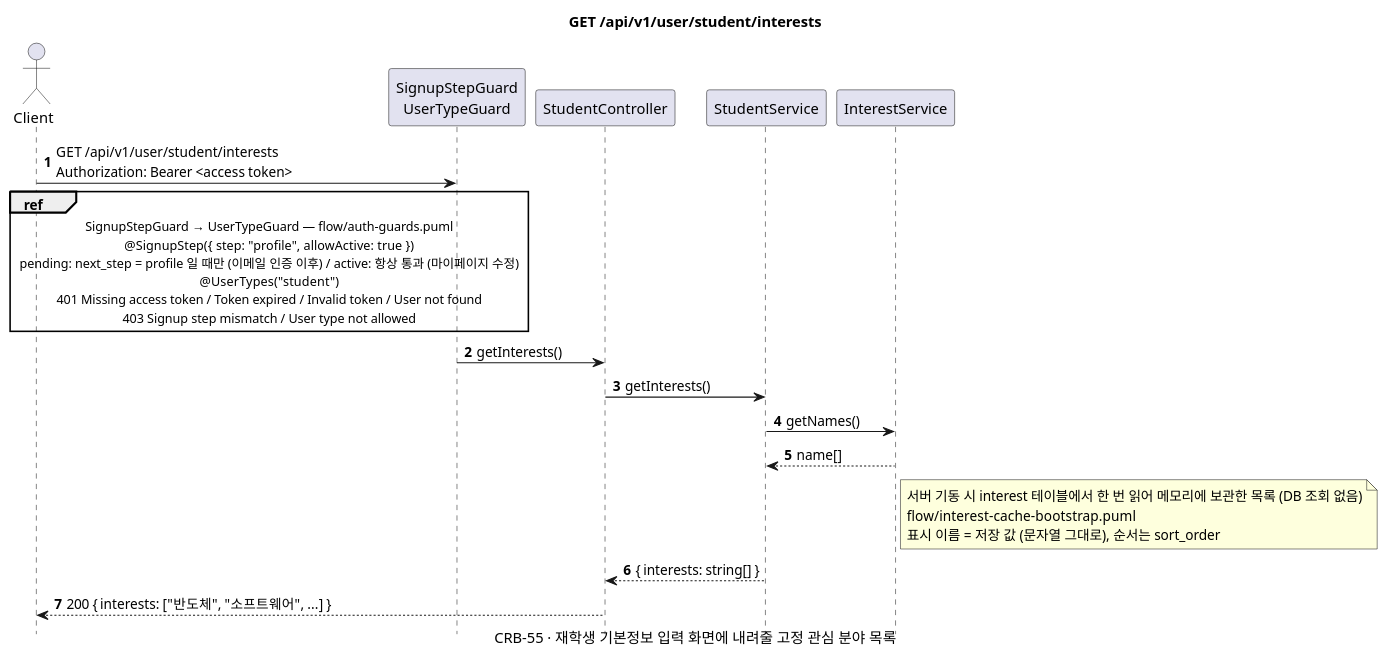
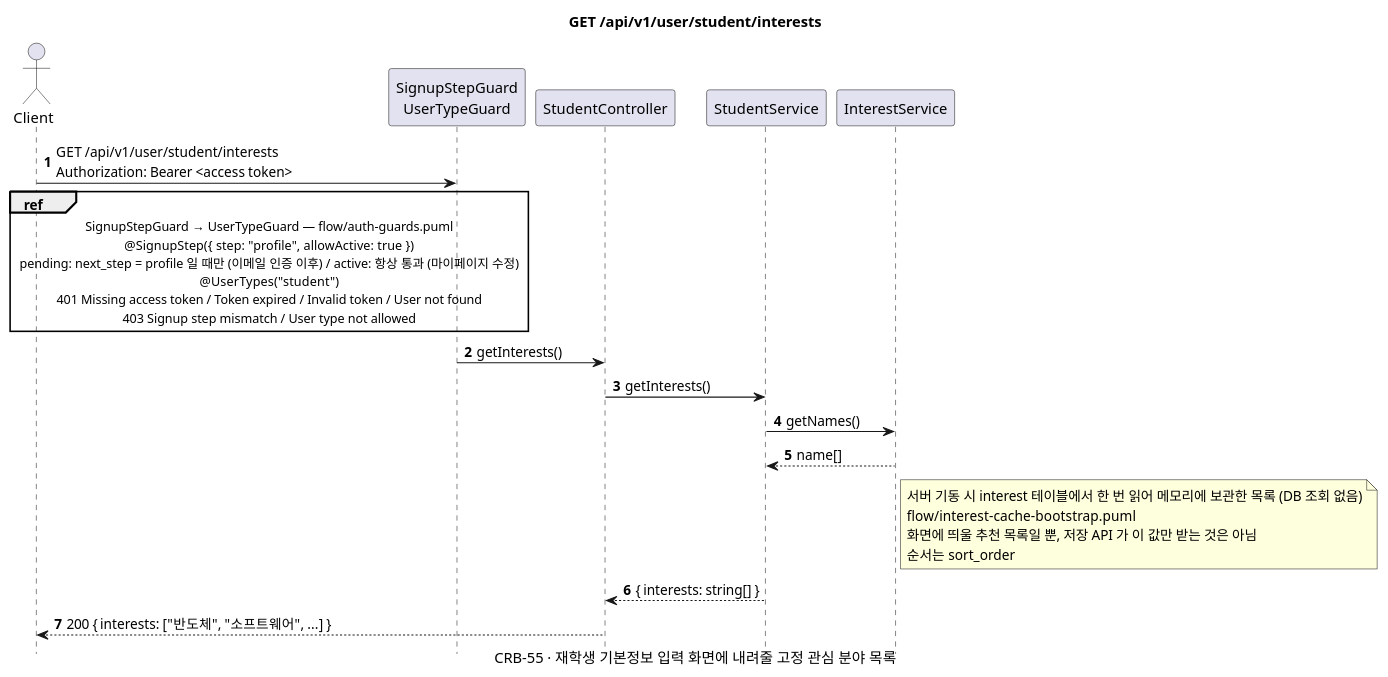
One commit to gsainfoteam/cheers-be changed the diagram in docs/sequence/student/get-interests.puml. Above: the diagram before and after it, drawn with PlantUML. The commit also changed 6 other files, not shown here.

```diff
--- a/docs/sequence/student/get-interests.puml
+++ b/docs/sequence/student/get-interests.puml
@@ -1,41 +1,42 @@
 @startuml get-interests
 skinparam defaultFontName "Apple SD Gothic Neo", "Noto Sans CJK KR", sans-serif
 skinparam responseMessageBelowArrow true
 skinparam sequenceMessageAlign left
 skinparam maxMessageSize 260
 skinparam BoxPadding 8
 skinparam shadowing false
 autonumber
 hide footbox
 
 title GET /api/v1/user/student/interests
 caption CRB-55 · 재학생 기본정보 입력 화면에 내려줄 고정 관심 분야 목록
 
 actor Client
 participant "SignupStepGuard\nUserTypeGuard" as Guard
 participant "StudentController" as Controller
 participant "StudentService" as Service
 participant "InterestService" as InterestService
 
 Client -> Guard: GET /api/v1/user/student/interests\nAuthorization: Bearer <access token>
 ref over Client, Guard
   SignupStepGuard → UserTypeGuard — flow/auth-guards.puml
   @SignupStep({ step: "profile", allowActive: true })
   pending: next_step = profile 일 때만 (이메일 인증 이후) / active: 항상 통과 (마이페이지 수정)
   @UserTypes("student")
   401 Missing access token / Token expired / Invalid token / User not found
   403 Signup step mismatch / User type not allowed
 end ref
 Guard -> Controller: getInterests()
 Controller -> Service: getInterests()
 Service -> InterestService: getNames()
 InterestService --> Service: name[]
 note right of InterestService
   서버 기동 시 interest 테이블에서 한 번 읽어 메모리에 보관한 목록 (DB 조회 없음)
   flow/interest-cache-bootstrap.puml
-  표시 이름 = 저장 값 (문자열 그대로), 순서는 sort_order
+  화면에 띄울 추천 목록일 뿐, 저장 API 가 이 값만 받는 것은 아님
+  순서는 sort_order
 end note
 Service --> Controller: { interests: string[] }
 Controller --> Client: 200 { interests: ["반도체", "소프트웨어", ...] }
 
 @enduml
```
